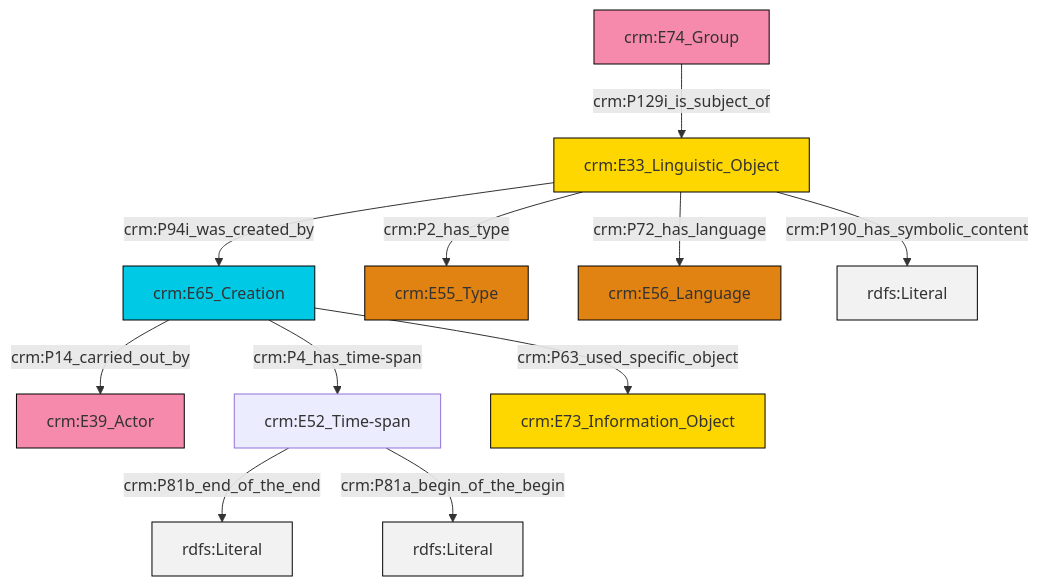
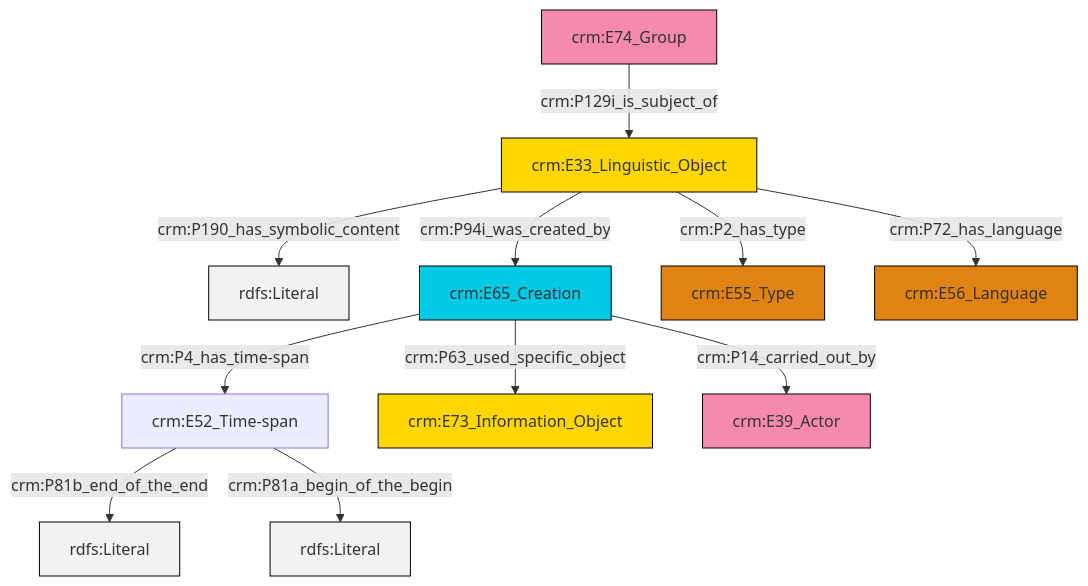
Before and after one commit to swiss-art-research-net/docs.swissartresearch: the diagram in et/groupCSV/ttl/mmd/group_description.ttl.mmd, drawn with Mermaid. The commit also changed 172 other files, not shown here.

```diff
--- a/et/groupCSV/ttl/mmd/group_description.ttl.mmd
+++ b/et/groupCSV/ttl/mmd/group_description.ttl.mmd
@@ -1,25 +1,25 @@
 graph TD
 classDef Literal fill:#f2f2f2,stroke:#000000;
 classDef CRM_Entity fill:#FFFFFF,stroke:#000000;
 classDef Temporal_Entity fill:#00C9E6, stroke:#000000;
 classDef Type fill:#E18312, stroke:#000000;
 classDef Time-Span fill:#2C9C91, stroke:#000000;
 classDef Appellation fill:#FFEB7F, stroke:#000000;
 classDef Place fill:#008836, stroke:#000000;
 classDef Persistent_Item fill:#B266B2, stroke:#000000;
 classDef Conceptual_Object fill:#FFD700, stroke:#000000;
 classDef Physical_Thing fill:#D2B48C, stroke:#000000;
 classDef Actor fill:#f58aad, stroke:#000000;
 classDef PC_Classes fill:#4ce600, stroke:#000000;
 classDef Multi fill:#cccccc,stroke:#000000;
 
-2["crm:E33_Linguistic_Object"]:::Conceptual_Object -->|crm:P2_has_type| 3["crm:E55_Type"]:::Type
-0["crm:E65_Creation"]:::Temporal_Entity -->|crm:P14_carried_out_by| 6["crm:E39_Actor"]:::Actor
-2["crm:E33_Linguistic_Object"]:::Conceptual_Object -->|crm:P94i_was_created_by| 0["crm:E65_Creation"]:::Temporal_Entity
-2["crm:E33_Linguistic_Object"]:::Conceptual_Object -->|crm:P190_has_symbolic_content| 9[rdfs:Literal]:::Literal
-11["crm:E52_Time-span"]:::Default -->|crm:P81b_end_of_the_end| 12[rdfs:Literal]:::Literal
-0["crm:E65_Creation"]:::Temporal_Entity -->|crm:P63_used_specific_object| 13["crm:E73_Information_Object"]:::Conceptual_Object
-11["crm:E52_Time-span"]:::Default -->|crm:P81a_begin_of_the_begin| 14[rdfs:Literal]:::Literal
-0["crm:E65_Creation"]:::Temporal_Entity -->|crm:P4_has_time-span| 11["crm:E52_Time-span"]:::Default
-2["crm:E33_Linguistic_Object"]:::Conceptual_Object -->|crm:P72_has_language| 7["crm:E56_Language"]:::Type
-17["crm:E74_Group"]:::Actor -->|crm:P129i_is_subject_of| 2["crm:E33_Linguistic_Object"]:::Conceptual_Object
+0["crm:E33_Linguistic_Object"]:::Conceptual_Object -->|crm:P190_has_symbolic_content| 1[rdfs:Literal]:::Literal
+2["crm:E52_Time-span"]:::Default -->|crm:P81b_end_of_the_end| 4[rdfs:Literal]:::Literal
+5["crm:E74_Group"]:::Actor -->|crm:P129i_is_subject_of| 0["crm:E33_Linguistic_Object"]:::Conceptual_Object
+7["crm:E65_Creation"]:::Temporal_Entity -->|crm:P4_has_time-span| 2["crm:E52_Time-span"]:::Default
+0["crm:E33_Linguistic_Object"]:::Conceptual_Object -->|crm:P2_has_type| 9["crm:E55_Type"]:::Type
+2["crm:E52_Time-span"]:::Default -->|crm:P81a_begin_of_the_begin| 15[rdfs:Literal]:::Literal
+0["crm:E33_Linguistic_Object"]:::Conceptual_Object -->|crm:P94i_was_created_by| 7["crm:E65_Creation"]:::Temporal_Entity
+7["crm:E65_Creation"]:::Temporal_Entity -->|crm:P63_used_specific_object| 11["crm:E73_Information_Object"]:::Conceptual_Object
+7["crm:E65_Creation"]:::Temporal_Entity -->|crm:P14_carried_out_by| 13["crm:E39_Actor"]:::Actor
+0["crm:E33_Linguistic_Object"]:::Conceptual_Object -->|crm:P72_has_language| 16["crm:E56_Language"]:::Type
```
